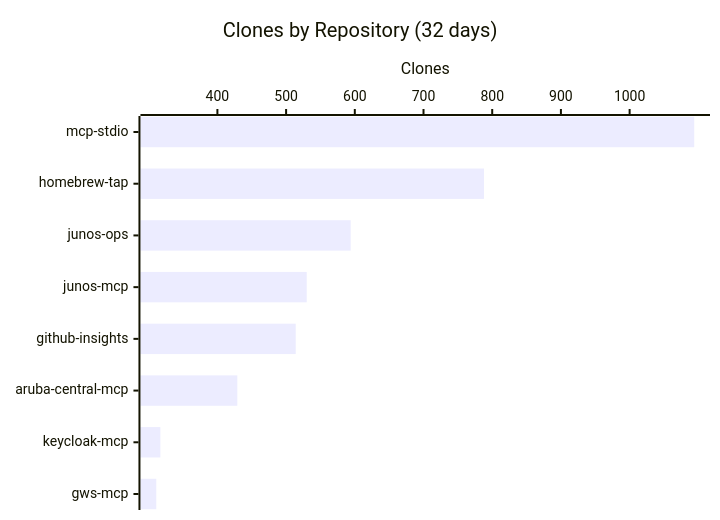
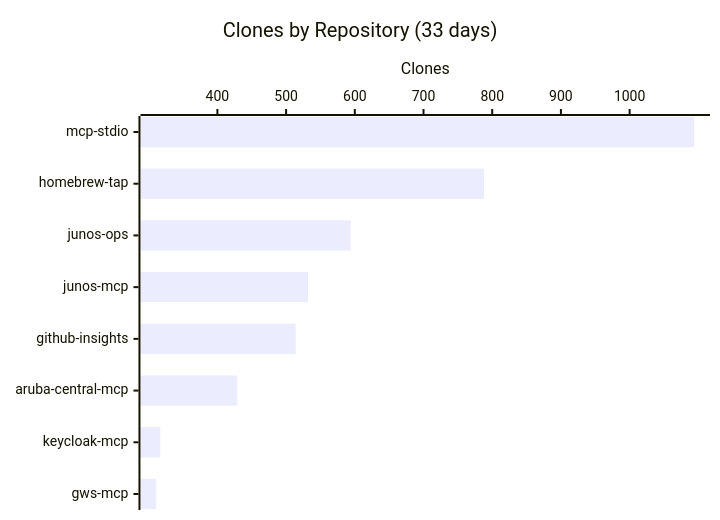
One commit to shigechika/github-insights changed the third of 3 diagrams in README.md. Above: the diagram before and after it, drawn with Mermaid. The commit also changed other lines of this file and 1 other file, not shown here.

````diff
--- a/README.md
+++ b/README.md
@@ -34,7 +34,7 @@
 ```mermaid
 xychart-beta horizontal
-    title "Clones by Repository (32 days)"
+    title "Clones by Repository (33 days)"
     x-axis ["mcp-stdio", "homebrew-tap", "junos-ops", "junos-mcp", "github-insights", "aruba-central-mcp", "keycloak-mcp", "gws-mcp"]
     y-axis "Clones"
-    bar [1094, 788, 594, 530, 514, 429, 317, 311]
+    bar [1094, 788, 594, 532, 514, 429, 317, 311]
 ```
````
